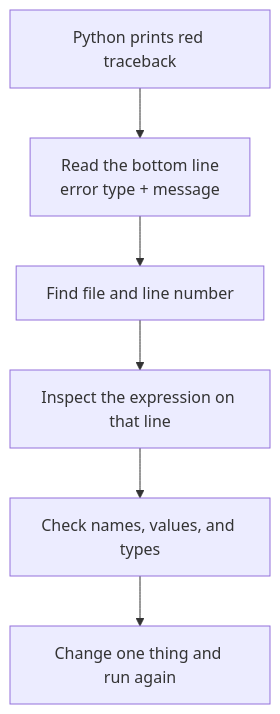
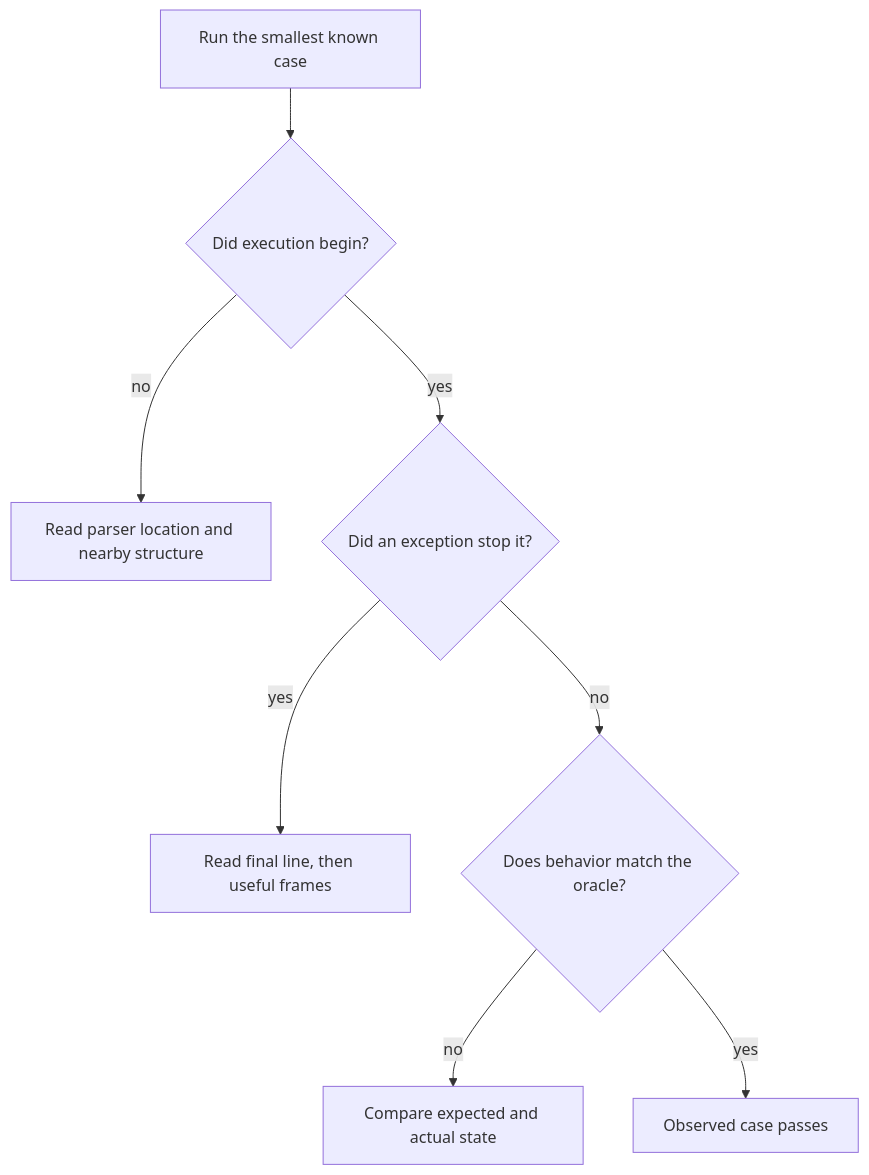
One commit to freecampus/python changed the diagram in docs/courses/python-foundations/units/errors-exceptions-debugging/failure-categories-tracebacks.qmd. Above: the diagram before and after it, drawn with Mermaid. The commit also changed other lines of this file and 11 other files, not shown here.

````diff
--- a/docs/courses/python-foundations/units/errors-exceptions-debugging/failure-categories-tracebacks.qmd
+++ b/docs/courses/python-foundations/units/errors-exceptions-debugging/failure-categories-tracebacks.qmd
@@ -53,10 +71,12 @@
 ```{mermaid}
 %%| echo: false
 %%| eval: true
 flowchart TD
-  red["Python prints red traceback"] --> bottom["Read the bottom line<br/>error type + message"]
-  bottom --> location["Find file and line number"]
-  location --> code["Inspect the expression on that line"]
-  code --> values["Check names, values, and types"]
-  values --> experiment["Change one thing and run again"]
+  start["Run the smallest known case"] --> began{"Did execution begin?"}
+  began -->|no| syntax["Read parser location and nearby structure"]
+  began -->|yes| stopped{"Did an exception stop it?"}
+  stopped -->|yes| trace["Read final line, then useful frames"]
+  stopped -->|no| oracle{"Does behavior match the oracle?"}
+  oracle -->|no| logic["Compare expected and actual state"]
+  oracle -->|yes| normal["Observed case passes"]
 ```
````
